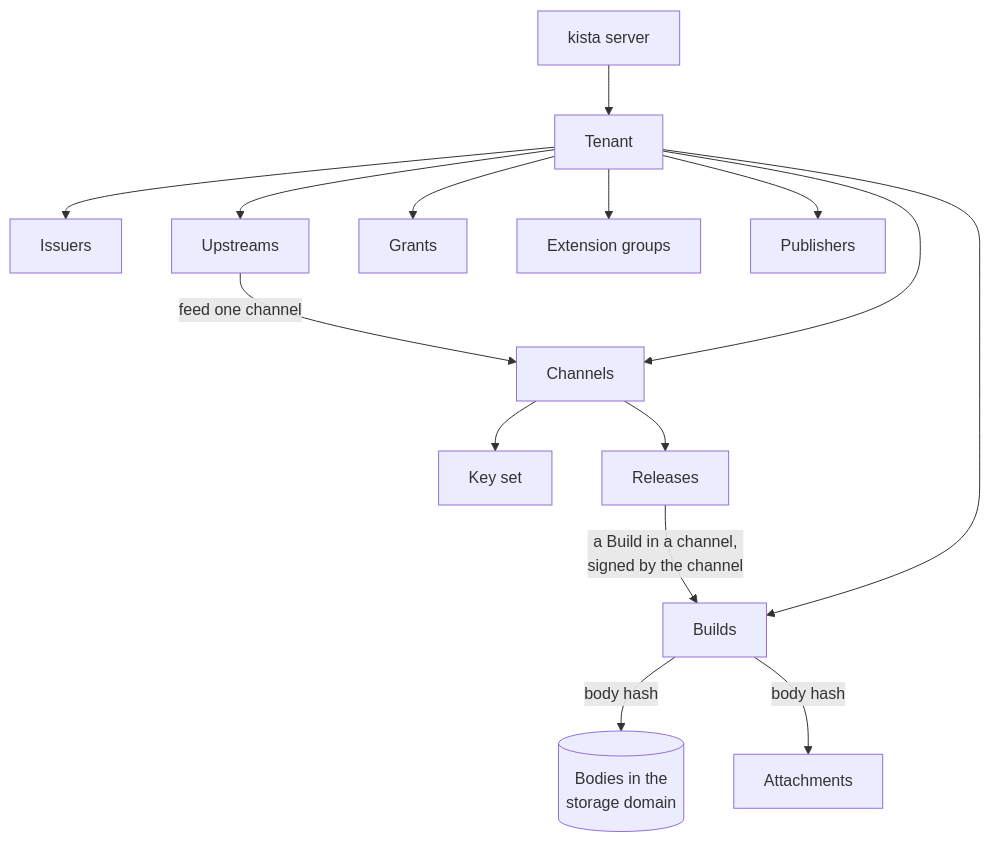
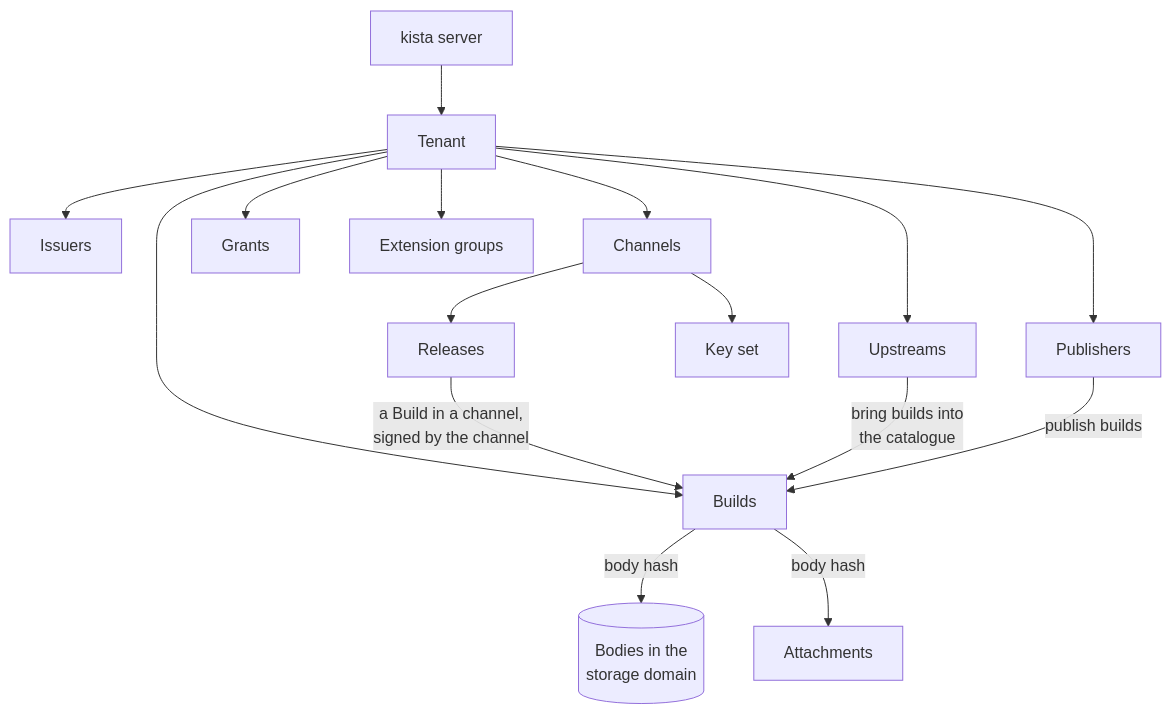
The diagram in website/docs/concepts.md (hugr-lab/duckdb-extension-repository), drawn with Mermaid before and after one commit. The commit also changed other lines of this file and 9 other files, not shown here.

````diff
--- a/website/docs/concepts.md
+++ b/website/docs/concepts.md
@@ -10,17 +10,18 @@
 ```mermaid
 flowchart TB
   server[kista server] --> tenant[Tenant]
   tenant --> issuers[Issuers]
   tenant --> channels[Channels]
   tenant --> builds[Builds]
   tenant --> upstreams[Upstreams]
   tenant --> grants[Grants]
   tenant --> groups[Extension groups]
   tenant --> publishers[Publishers]
   channels --> keys[Key set]
   channels --> releases[Releases]
   releases -- "a Build in a channel,<br/>signed by the channel" --> builds
   builds -- "body hash" --> blobs[(Bodies in the<br/>storage domain)]
   builds -- "body hash" --> attachments[Attachments]
-  upstreams -- "feed one channel" --> channels
+  upstreams -- "bring builds into<br/>the catalogue" --> builds
+  publishers -- "publish builds" --> builds
 ```
````
